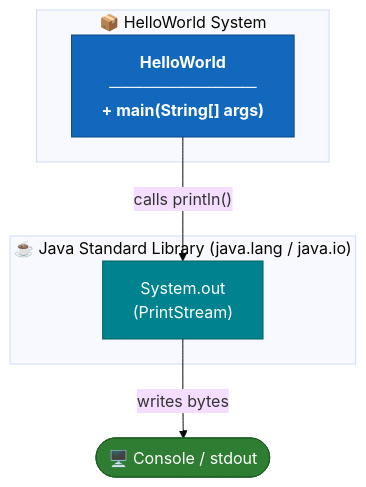
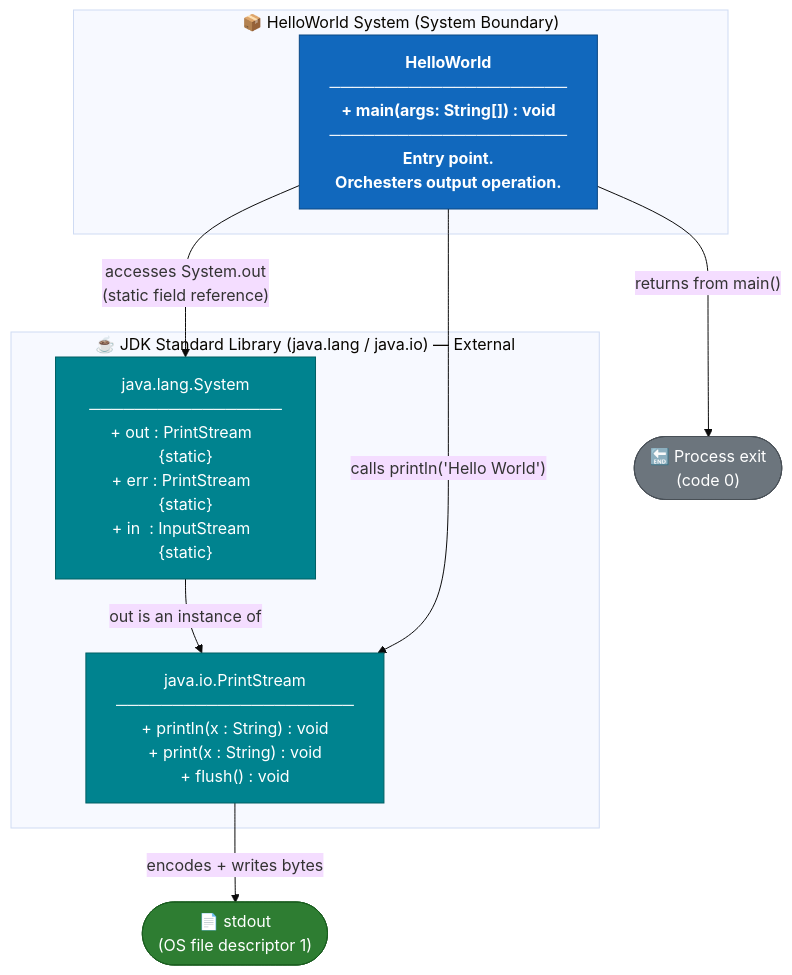
One commit to ktruchcz/copilot-test-ktruchcz changed the sixth of 27 diagrams in arc42-documentation.md. Above: the diagram before and after it, drawn with Mermaid (base theme). The commit also changed other lines of this file, not shown here.

First line of the commit message:
Generate comprehensive Arc42 documentation v2.0.0 for HelloWorld app

````diff
--- a/arc42-documentation.md
+++ b/arc42-documentation.md
@@ -193,19 +372,25 @@
 ```mermaid
 graph TB
     classDef system fill:#1168BD,stroke:#0B4884,color:#fff,font-weight:bold
     classDef stdlib fill:#00838F,stroke:#006064,color:#fff
     classDef io fill:#2E7D32,stroke:#1B5E20,color:#fff
+    classDef external fill:#6C757D,stroke:#495057,color:#fff
 
-    subgraph HelloWorldSystem["📦 HelloWorld System"]
-        HW["HelloWorld\n─────────────\n+ main(String[] args)"]:::system
+    subgraph HelloWorldSystem["📦 HelloWorld System (System Boundary)"]
+        HW["HelloWorld\n─────────────────────\n+ main(args: String[]) : void\n─────────────────────\nEntry point.\nOrchesters output operation."]:::system
     end
 
-    subgraph JDK["☕ Java Standard Library (java.lang / java.io)"]
-        SysOut["System.out\n(PrintStream)"]:::stdlib
+    subgraph JDK["☕ JDK Standard Library (java.lang / java.io) — External"]
+        SysClass["java.lang.System\n─────────────────\n+ out : PrintStream  {static}\n+ err : PrintStream  {static}\n+ in  : InputStream  {static}"]:::stdlib
+        PS["java.io.PrintStream\n─────────────────────\n+ println(x : String) : void\n+ print(x : String) : void\n+ flush() : void"]:::stdlib
     end
 
-    Console(["🖥️ Console / stdout"]):::io
+    Console(["📄 stdout\n(OS file descriptor 1)"]):::io
+    ExitCode(["🔚 Process exit\n(code 0)"]):::external
 
-    HW -->|"calls println()"| SysOut
-    SysOut -->|"writes bytes"| Console
+    HW -->|"accesses System.out\n(static field reference)"| SysClass
+    SysClass -->|"out is an instance of"| PS
+    HW -->|"calls println('Hello World')"| PS
+    PS -->|"encodes + writes bytes"| Console
+    HW -->|"returns from main()"| ExitCode
 ```
````
